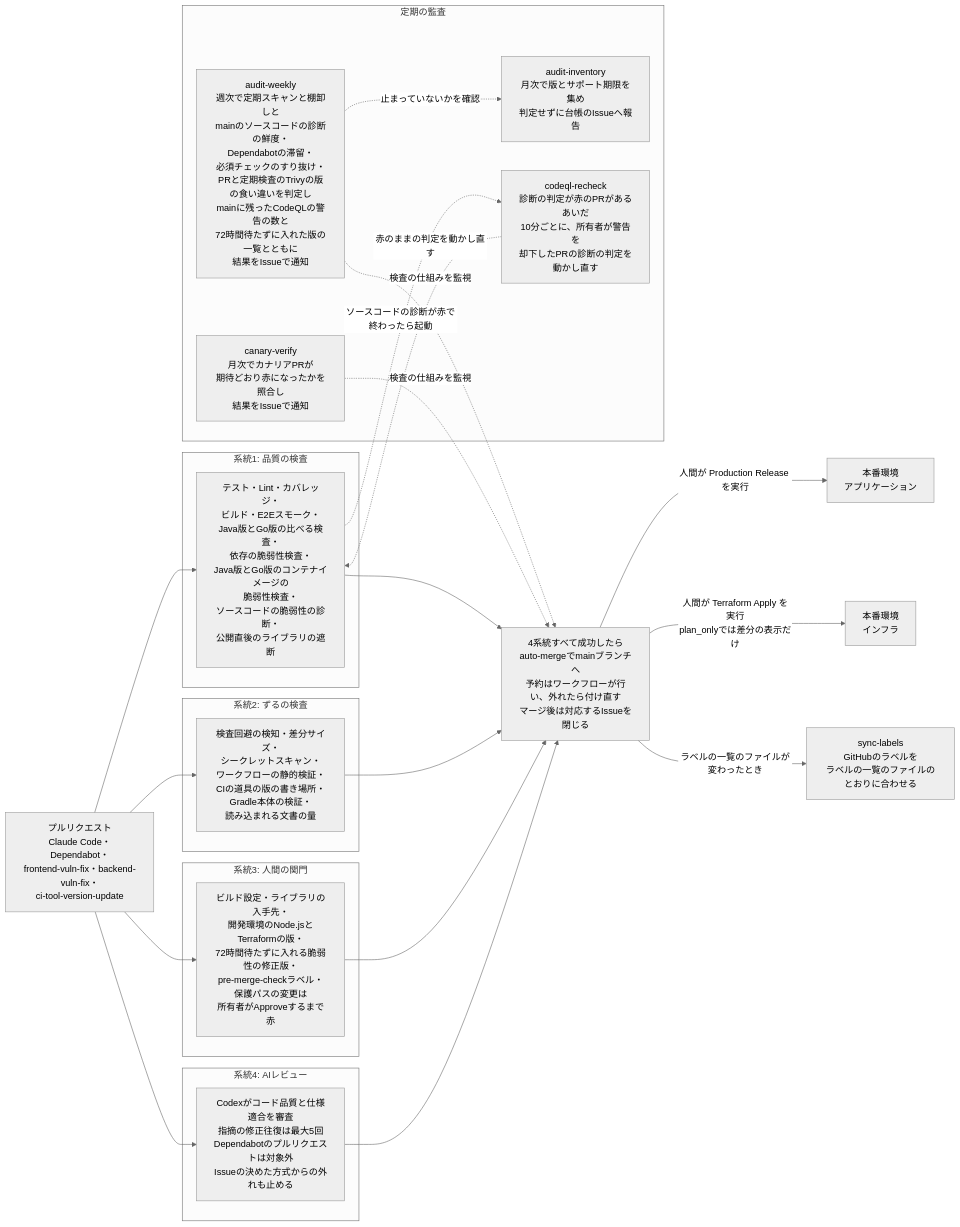
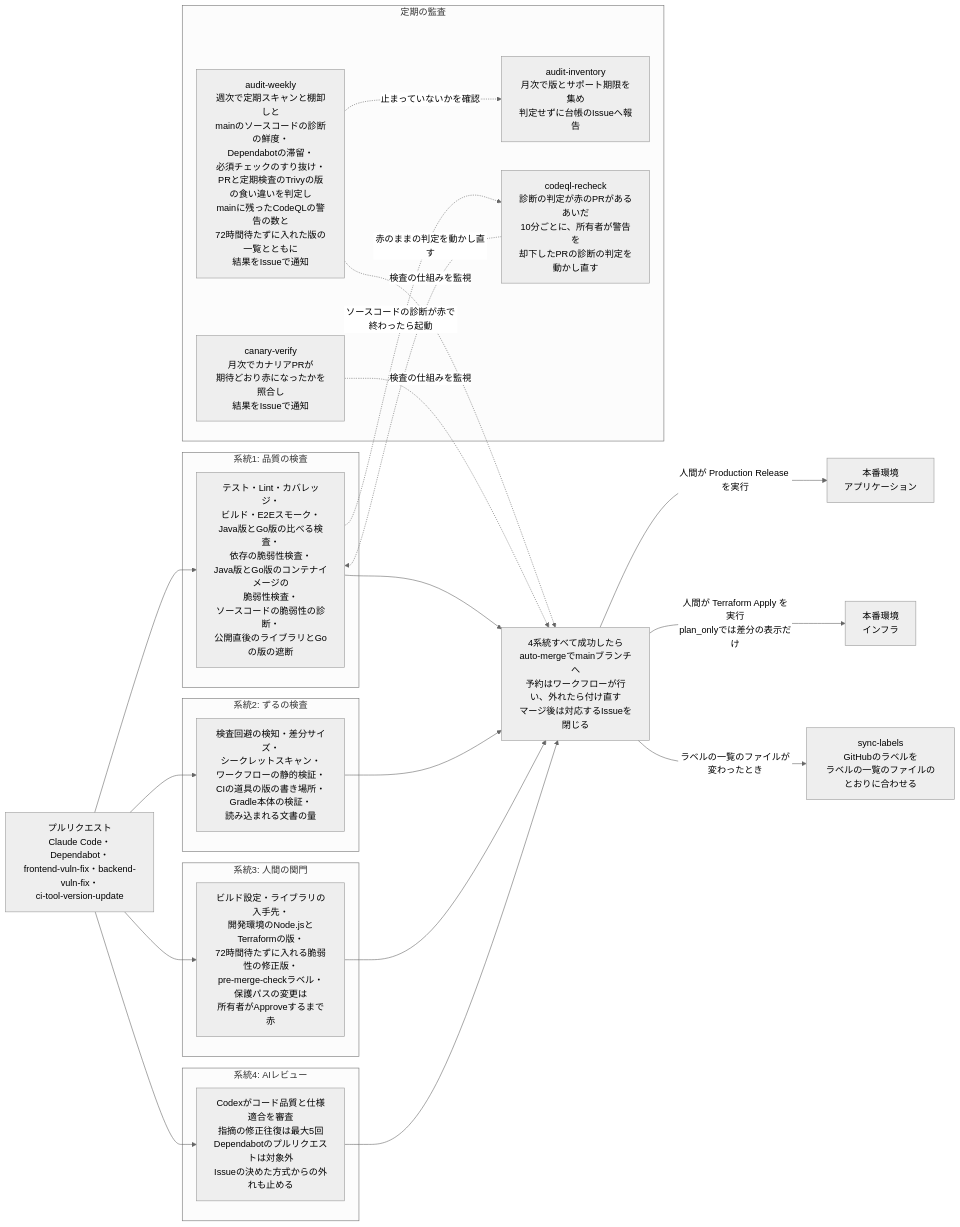
One commit to DogisRiki/KeirekiPro changed the first of 2 diagrams in README.md. Above: the diagram before and after it, drawn with Mermaid (neutral theme). The commit also changed other lines of this file and 3 other files, not shown here.

````diff
--- a/README.md
+++ b/README.md
@@ -53,40 +53,40 @@
 ```mermaid
 flowchart LR
     PR[プルリクエスト<br>Claude Code・Dependabot・<br>frontend-vuln-fix・backend-vuln-fix・<br>ci-tool-version-update]
 
     subgraph s1[系統1: 品質の検査]
-        Q[テスト・Lint・カバレッジ・<br>ビルド・E2Eスモーク・<br>Java版とGo版の比べる検査・<br>依存の脆弱性検査・<br>Java版とGo版のコンテナイメージの<br>脆弱性検査・<br>ソースコードの脆弱性の診断・<br>公開直後のライブラリの遮断]
+        Q[テスト・Lint・カバレッジ・<br>ビルド・E2Eスモーク・<br>Java版とGo版の比べる検査・<br>依存の脆弱性検査・<br>Java版とGo版のコンテナイメージの<br>脆弱性検査・<br>ソースコードの脆弱性の診断・<br>公開直後のライブラリとGoの版の遮断]
     end
     subgraph s2[系統2: ずるの検査]
         Z[検査回避の検知・差分サイズ・<br>シークレットスキャン・<br>ワークフローの静的検証・<br>CIの道具の版の書き場所・<br>Gradle本体の検証・<br>読み込まれる文書の量]
     end
     subgraph s3[系統3: 人間の関門]
         H[ビルド設定・ライブラリの入手先・<br>開発環境のNode.jsとTerraformの版・<br>72時間待たずに入れる脆弱性の修正版・<br>pre-merge-checkラベル・保護パスの変更は<br>所有者がApproveするまで赤]
     end
     subgraph s4[系統4: AIレビュー]
         A[Codexがコード品質と仕様適合を審査<br>指摘の修正往復は最大5回<br>Dependabotのプルリクエストは対象外<br>Issueの決めた方式からの外れも止める]
     end
 
     PR --> Q
     PR --> Z
     PR --> H
     PR --> A
 
     Q & Z & H & A --> M[4系統すべて成功したら<br>auto-mergeでmainブランチへ<br>予約はワークフローが行い、外れたら付け直す<br>マージ後は対応するIssueを閉じる]
 
     M -->|人間が Production Release を実行| App[本番環境<br>アプリケーション]
     M -->|人間が Terraform Apply を実行<br>plan_onlyでは差分の表示だけ| Infra[本番環境<br>インフラ]
     M -->|ラベルの一覧のファイルが変わったとき| Labels[sync-labels<br>GitHubのラベルを<br>ラベルの一覧のファイルのとおりに合わせる]
 
     subgraph s5[定期の監査]
         AW[audit-weekly<br>週次で定期スキャンと棚卸しと<br>mainのソースコードの診断の鮮度・<br>Dependabotの滞留・<br>必須チェックのすり抜け・<br>PRと定期検査のTrivyの版の食い違いを判定し<br>mainに残ったCodeQLの警告の数と<br>72時間待たずに入れた版の一覧とともに<br>結果をIssueで通知]
         CV[canary-verify<br>月次でカナリアPRが<br>期待どおり赤になったかを照合し<br>結果をIssueで通知]
         AI[audit-inventory<br>月次で版とサポート期限を集め<br>判定せずに台帳のIssueへ報告]
         CR[codeql-recheck<br>診断の判定が赤のPRがあるあいだ<br>10分ごとに、所有者が警告を<br>却下したPRの診断の判定を<br>動かし直す]
     end
 
     AW & CV -.検査の仕組みを監視.-> M
     AW -.止まっていないかを確認.-> AI
     Q -.ソースコードの診断が赤で終わったら起動.-> CR
     CR -.赤のままの判定を動かし直す.-> Q
 ```
````
